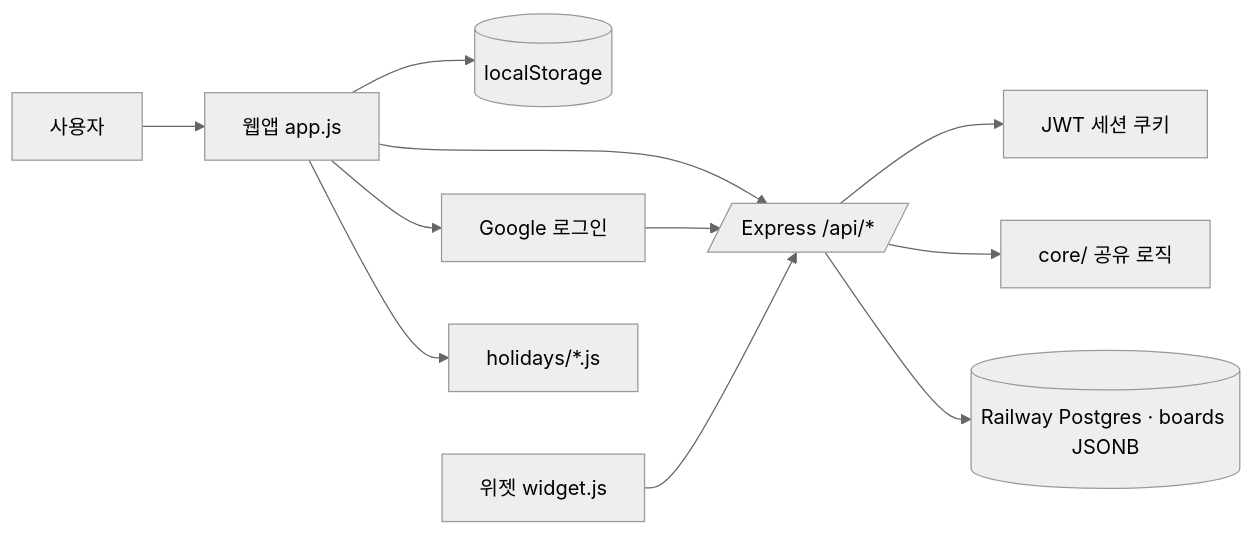
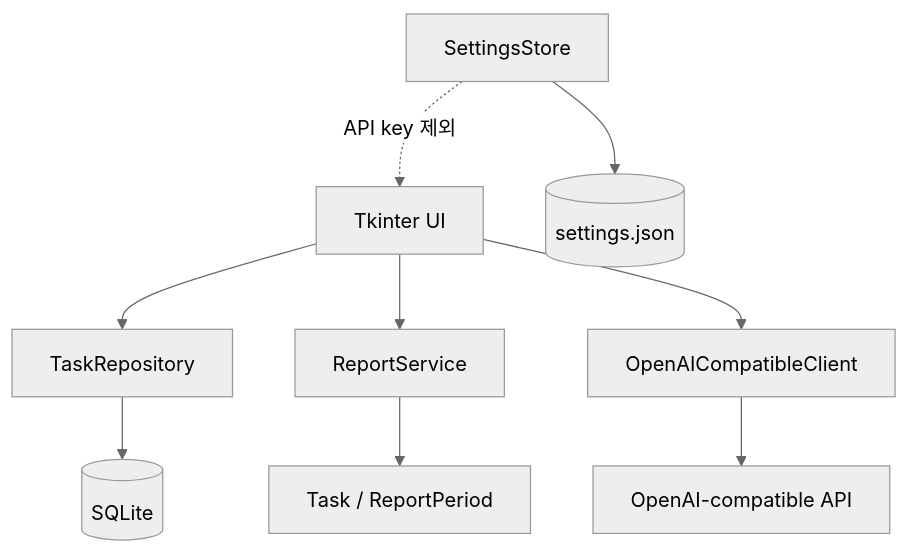
One commit to sngmng6506/calendar-memo changed the first of 3 diagrams in docs/ARCHITECTURE.md. Above: the diagram before and after it, drawn with Mermaid (neutral theme). The commit also changed other lines of this file and 76 other files, not shown here.

````diff
--- a/docs/ARCHITECTURE.md
+++ b/docs/ARCHITECTURE.md
@@ -11,13 +5,11 @@
 ```mermaid
-flowchart LR
-  User[사용자] --> Web[웹앱 app.js]
-  Web --> Local[(localStorage)]
-  Web --> Api[/Express /api/*/]
-  Web --> Google[Google 로그인]
-  Google --> Api
-  Api --> Session[JWT 세션 쿠키]
-  Api --> Core[core/ 공유 로직]
-  Api --> DB[(Railway Postgres · boards JSONB)]
-  Widget[위젯 widget.js] --> Api
-  Web --> Holidays[holidays/*.js]
+flowchart TD
+    UI[Tkinter UI] --> Repo[TaskRepository]
+    UI --> Report[ReportService]
+    UI --> LLM[OpenAICompatibleClient]
+    Repo --> SQLite[(SQLite)]
+    Report --> Models[Task / ReportPeriod]
+    LLM --> API[OpenAI-compatible API]
+    Settings[SettingsStore] --> JSON[(settings.json)]
+    Settings -. API key 제외 .-> UI
 ```
````
